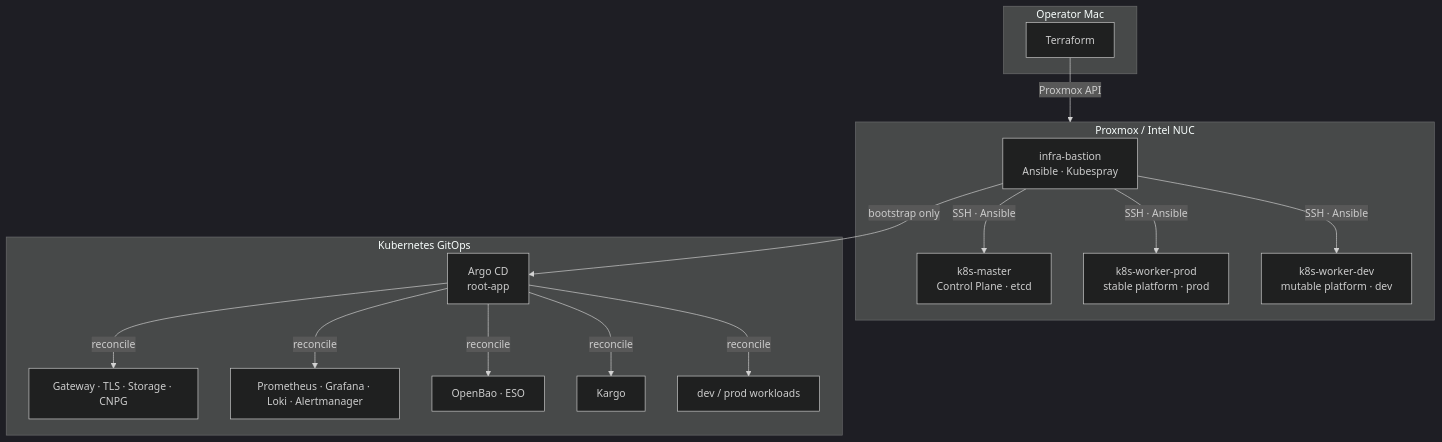
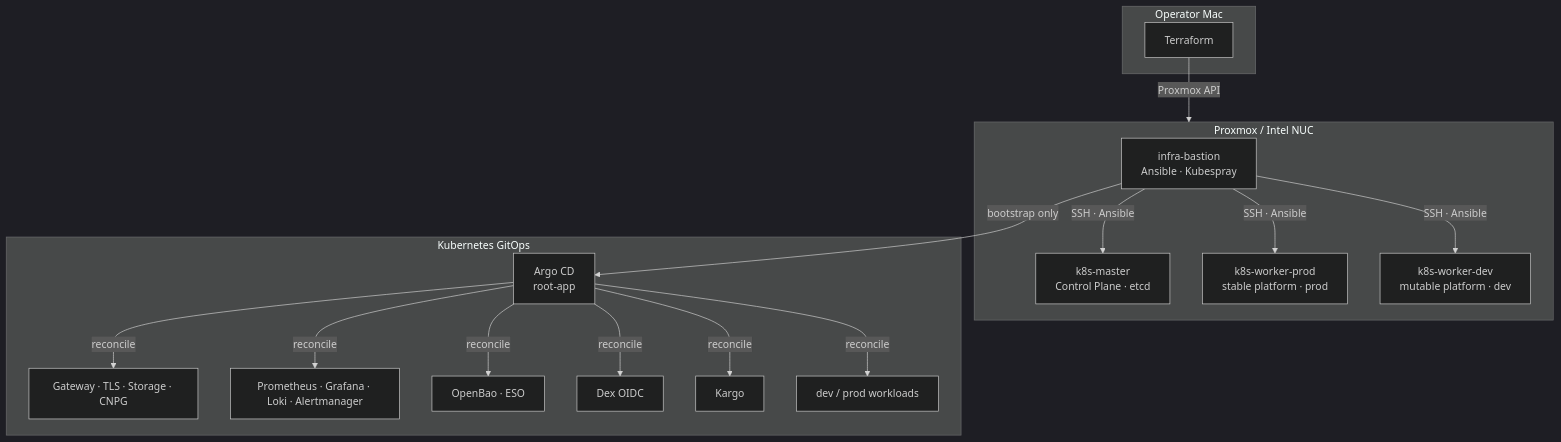
Before and after one commit to hweyoung/homelab: the first of 5 diagrams in README.md, drawn with Mermaid (dark theme). The commit also changed other lines of this file, not shown here.

Commit message:
[Docs] README를 Kargo prod 승격·Dex 인증·운영 결정 기준으로 최신화

````diff
--- a/README.md
+++ b/README.md
@@ -37,27 +40,28 @@
 ```mermaid
 flowchart TB
     subgraph workstation["Operator Mac"]
         TF["Terraform"]
     end
 
     subgraph proxmox["Proxmox / Intel NUC"]
         B["infra-bastion<br/>Ansible · Kubespray"]
         CP["k8s-master<br/>Control Plane · etcd"]
         PROD["k8s-worker-prod<br/>stable platform · prod"]
         DEV["k8s-worker-dev<br/>mutable platform · dev"]
     end
 
     subgraph cluster["Kubernetes GitOps"]
         ARGO["Argo CD<br/>root-app"]
         PLATFORM["Gateway · TLS · Storage · CNPG"]
         OBS["Prometheus · Grafana · Loki · Alertmanager"]
         SECRETS["OpenBao · ESO"]
+        DEX["Dex OIDC"]
         KARGO["Kargo"]
         APPS["dev / prod workloads"]
     end
 
     TF -->|"Proxmox API"| proxmox
     B -->|"SSH · Ansible"| CP & PROD & DEV
     B -->|"bootstrap only"| ARGO
-    ARGO -->|"reconcile"| PLATFORM & SECRETS & KARGO & OBS & APPS
+    ARGO -->|"reconcile"| PLATFORM & SECRETS & DEX & KARGO & OBS & APPS
 ```
````
